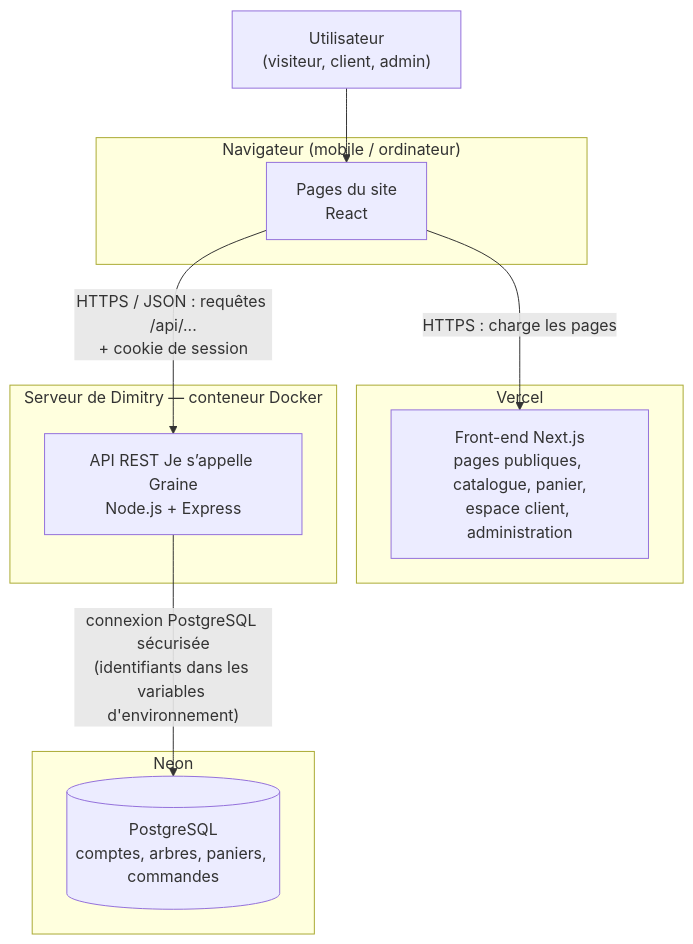
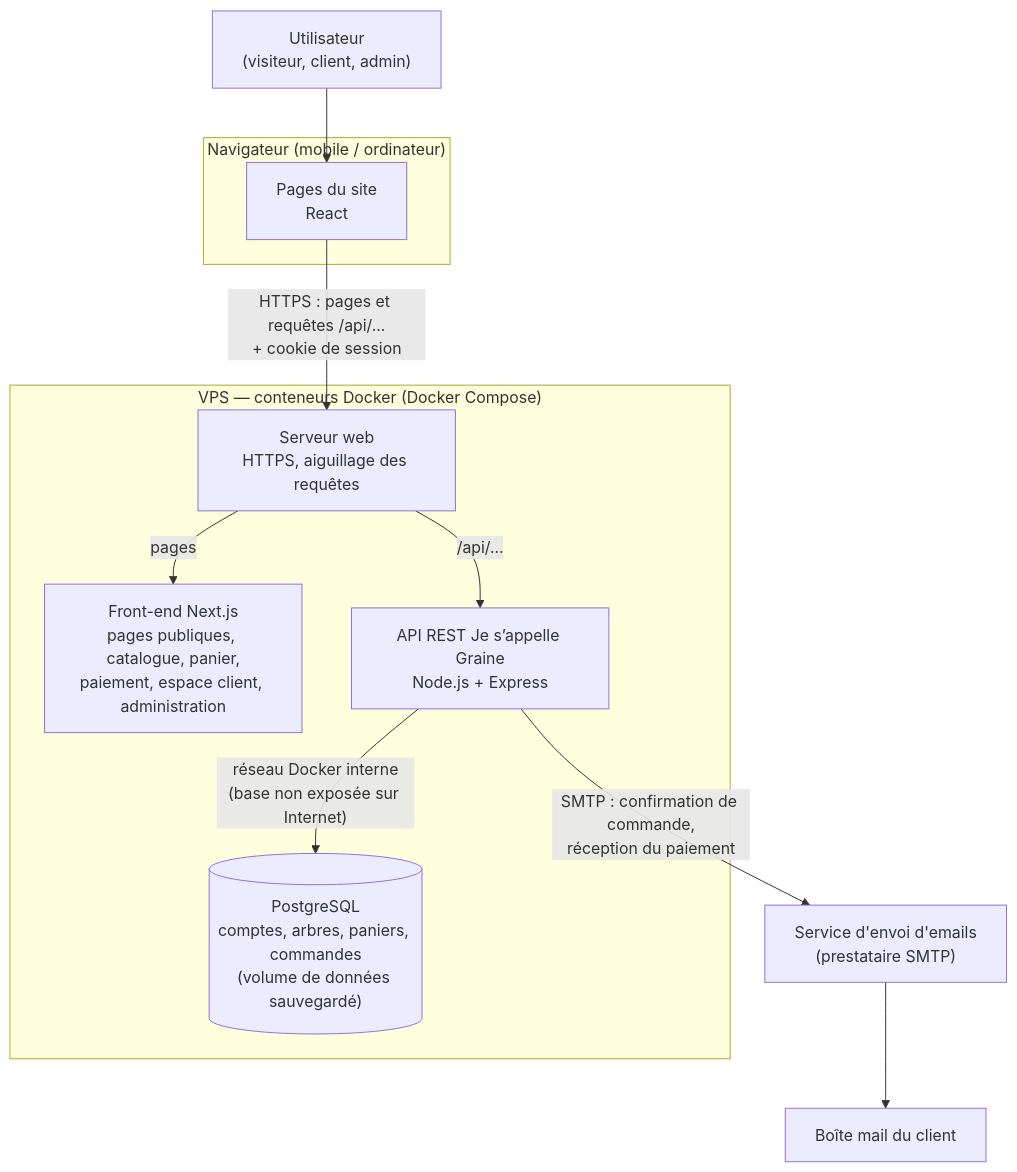
Before and after one commit to DimitryDereppe/je-s-appelle-graine: the first of 3 diagrams in docs/conception/diagrammes/01-architecture.md, drawn with Mermaid. The commit also changed other lines of this file and 14 other files, not shown here.

Commit message:
docs: disponibilité, paiement, emails, hébergement VPS et is_active (modèle de données et cahier des charges)

````diff
--- a/docs/conception/diagrammes/01-architecture.md
+++ b/docs/conception/diagrammes/01-architecture.md
@@ -11,25 +13,26 @@
 ```mermaid
 flowchart TB
     U["Utilisateur<br/>(visiteur, client, admin)"]
 
     subgraph NAV["Navigateur (mobile / ordinateur)"]
         P["Pages du site<br/>React"]
     end
 
-    subgraph VERCEL["Vercel"]
-        F["Front-end Next.js<br/>pages publiques, catalogue, panier,<br/>espace client, administration"]
+    subgraph VPS["VPS — conteneurs Docker (Docker Compose)"]
+        W["Serveur web<br/>HTTPS, aiguillage des requêtes"]
+        F["Front-end Next.js<br/>pages publiques, catalogue, panier,<br/>paiement, espace client, administration"]
+        API["API REST Je s’appelle Graine<br/>Node.js + Express"]
+        DB[("PostgreSQL<br/>comptes, arbres, paniers, commandes<br/>(volume de données sauvegardé)")]
     end
 
-    subgraph SERVEUR["Serveur de Dimitry — conteneur Docker"]
-        API["API REST Je s’appelle Graine<br/>Node.js + Express"]
-    end
-
-    subgraph NEON["Neon"]
-        DB[("PostgreSQL<br/>comptes, arbres, paniers, commandes")]
-    end
+    MAIL["Service d'envoi d'emails<br/>(prestataire SMTP)"]
+    BOX["Boîte mail du client"]
 
     U --> P
-    P -- "HTTPS : charge les pages" --> F
-    P -- "HTTPS / JSON : requêtes /api/...<br/>+ cookie de session" --> API
-    API -- "connexion PostgreSQL sécurisée<br/>(identifiants dans les variables d'environnement)" --> DB
+    P -- "HTTPS : pages et requêtes /api/...<br/>+ cookie de session" --> W
+    W -- "pages" --> F
+    W -- "/api/..." --> API
+    API -- "réseau Docker interne<br/>(base non exposée sur Internet)" --> DB
+    API -- "SMTP : confirmation de commande,<br/>réception du paiement" --> MAIL
+    MAIL --> BOX
 ```
````
